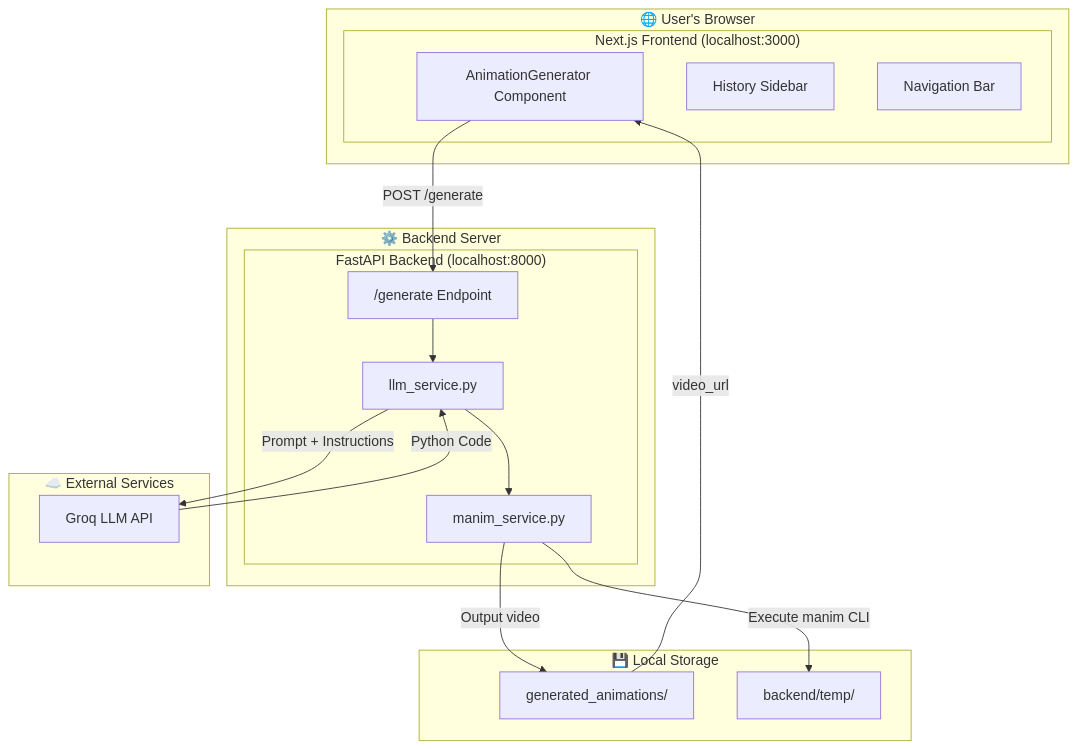
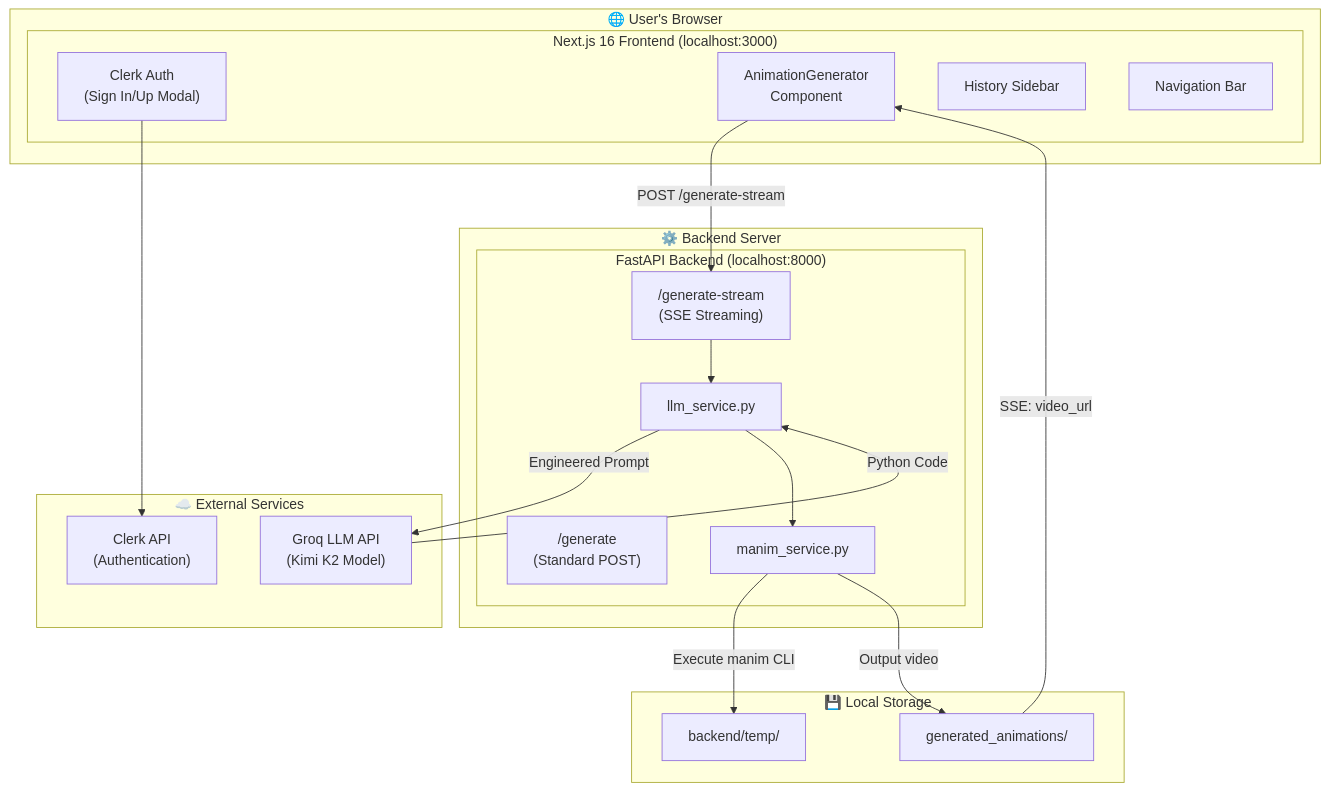
One commit to Aafimalek/prompt_to_animate changed the first of 3 diagrams in README.md. Above: the diagram before and after it, drawn with Mermaid. The commit also changed other lines of this file and 5 other files, not shown here.

Commit message:
added clerk auth

````diff
--- a/README.md
+++ b/README.md
@@ -41,36 +64,40 @@
 ```mermaid
 flowchart TB
     subgraph Browser["🌐 User's Browser"]
-        subgraph Frontend["Next.js Frontend (localhost:3000)"]
-            UI[AnimationGenerator Component]
-            Sidebar[History Sidebar]
-            Navbar[Navigation Bar]
+        subgraph Frontend["Next.js 16 Frontend (localhost:3000)"]
+            Clerk["Clerk Auth<br/>(Sign In/Up Modal)"]
+            UI["AnimationGenerator<br/>Component"]
+            Sidebar["History Sidebar"]
+            Navbar["Navigation Bar"]
         end
     end
     
     subgraph Server["⚙️ Backend Server"]
         subgraph FastAPI["FastAPI Backend (localhost:8000)"]
-            API["/generate Endpoint"]
-            LLM[llm_service.py]
-            Manim[manim_service.py]
+            API1["/generate<br/>(Standard POST)"]
+            API2["/generate-stream<br/>(SSE Streaming)"]
+            LLM["llm_service.py"]
+            Manim["manim_service.py"]
         end
     end
     
     subgraph External["☁️ External Services"]
-        Groq["Groq LLM API"]
+        Groq["Groq LLM API<br/>(Kimi K2 Model)"]
+        ClerkAPI["Clerk API<br/>(Authentication)"]
     end
     
     subgraph Storage["💾 Local Storage"]
         Videos["generated_animations/"]
         Temp["backend/temp/"]
     end
     
-    UI -->|"POST /generate"| API
-    API --> LLM
-    LLM -->|"Prompt + Instructions"| Groq
+    Clerk --> ClerkAPI
+    UI -->|"POST /generate-stream"| API2
+    API2 --> LLM
+    LLM -->|"Engineered Prompt"| Groq
     Groq -->|"Python Code"| LLM
     LLM --> Manim
     Manim -->|"Execute manim CLI"| Temp
     Manim -->|"Output video"| Videos
-    Videos -->|"video_url"| UI
+    Videos -->|"SSE: video_url"| UI
 ```
````
